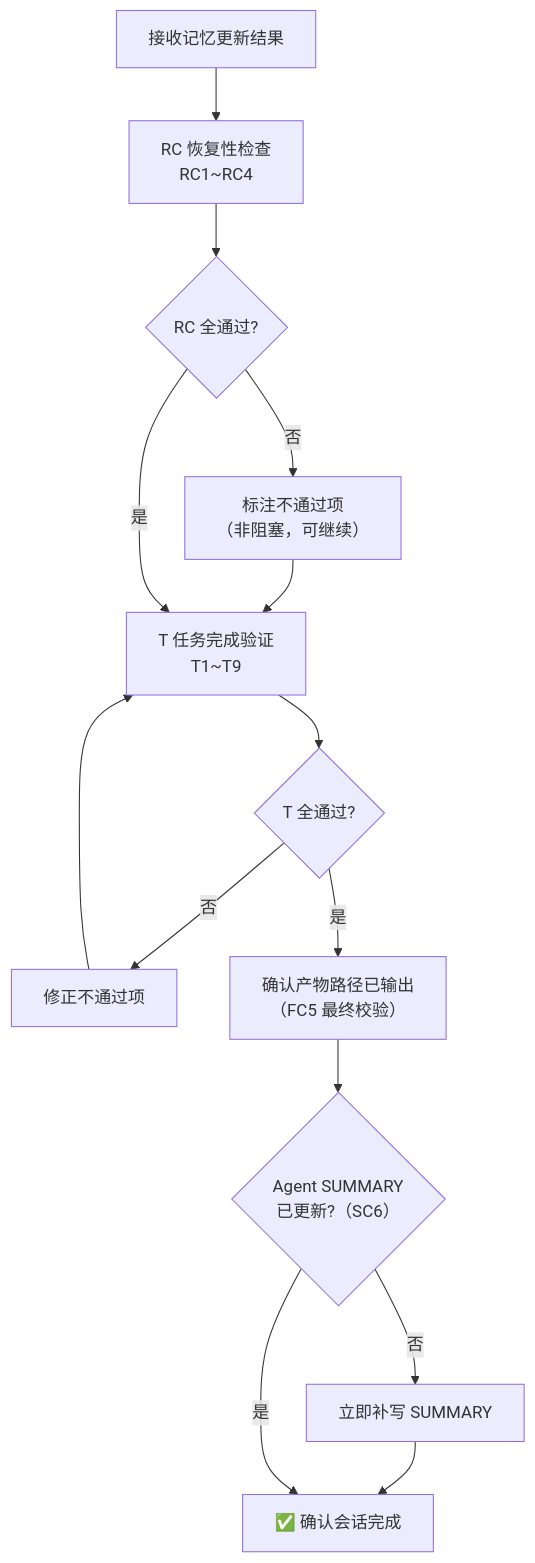
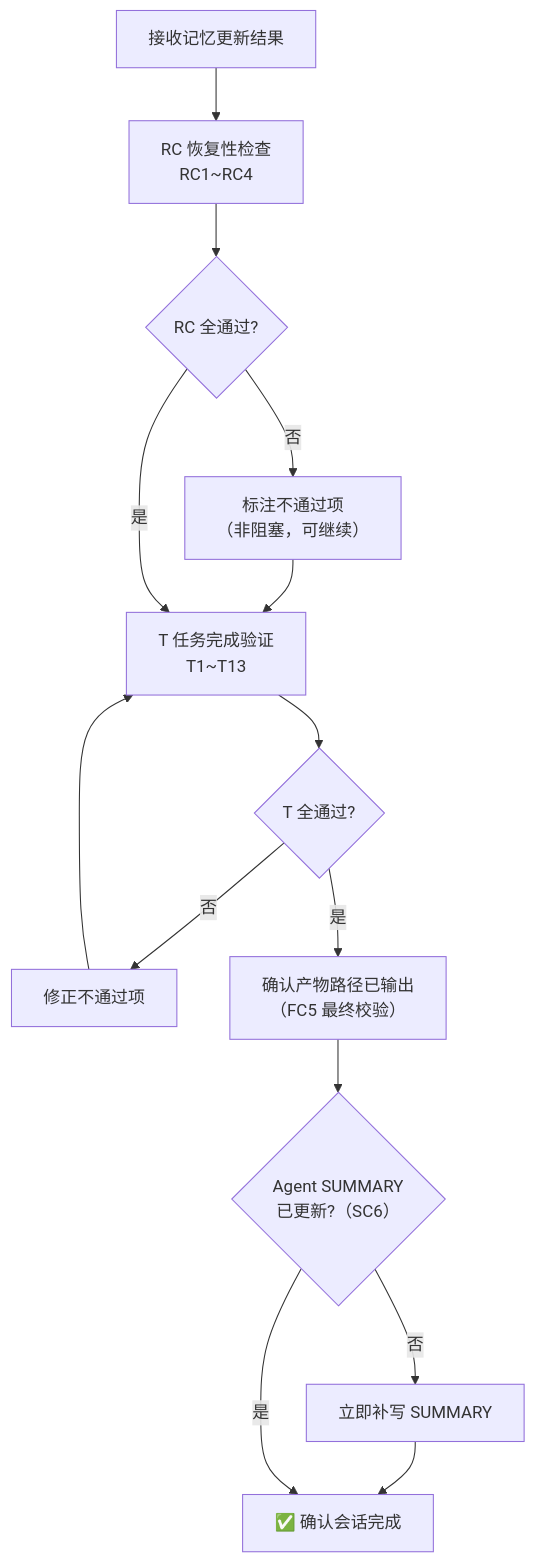
One commit to devcodex-labs/devcodex changed the diagram in website/docs/specs/completion-compliance-flow.md. Above: the diagram before and after it, drawn with Mermaid. The commit also changed other lines of this file and 121 other files, not shown here.

````diff
--- a/website/docs/specs/completion-compliance-flow.md
+++ b/website/docs/specs/completion-compliance-flow.md
@@ -10,26 +10,26 @@
 ```mermaid
 flowchart TD
     IN["接收记忆更新结果"]
     RC["RC 恢复性检查\nRC1~RC4"]
     RC_OK{"RC 全通过?"}
     RC_NOTE["标注不通过项\n（非阻塞，可继续）"]
 
-    T["T 任务完成验证\nT1~T9"]
+    T["T 任务完成验证\nT1~T13"]
     T_OK{"T 全通过?"}
     T_FIX["修正不通过项"]
 
     OUTPUT["确认产物路径已输出\n（FC5 最终校验）"]
     SUMMARY_CHECK{"Agent SUMMARY\n已更新?（SC6）"}
     FIX_SUMMARY["立即补写 SUMMARY"]
 
     CLOSE["✅ 确认会话完成"]
 
     IN --> RC --> RC_OK
     RC_OK -->|"否"| RC_NOTE --> T
     RC_OK -->|"是"| T
     T --> T_OK
     T_OK -->|"否"| T_FIX --> T
     T_OK -->|"是"| OUTPUT --> SUMMARY_CHECK
     SUMMARY_CHECK -->|"否"| FIX_SUMMARY --> CLOSE
     SUMMARY_CHECK -->|"是"| CLOSE
 ```
````
